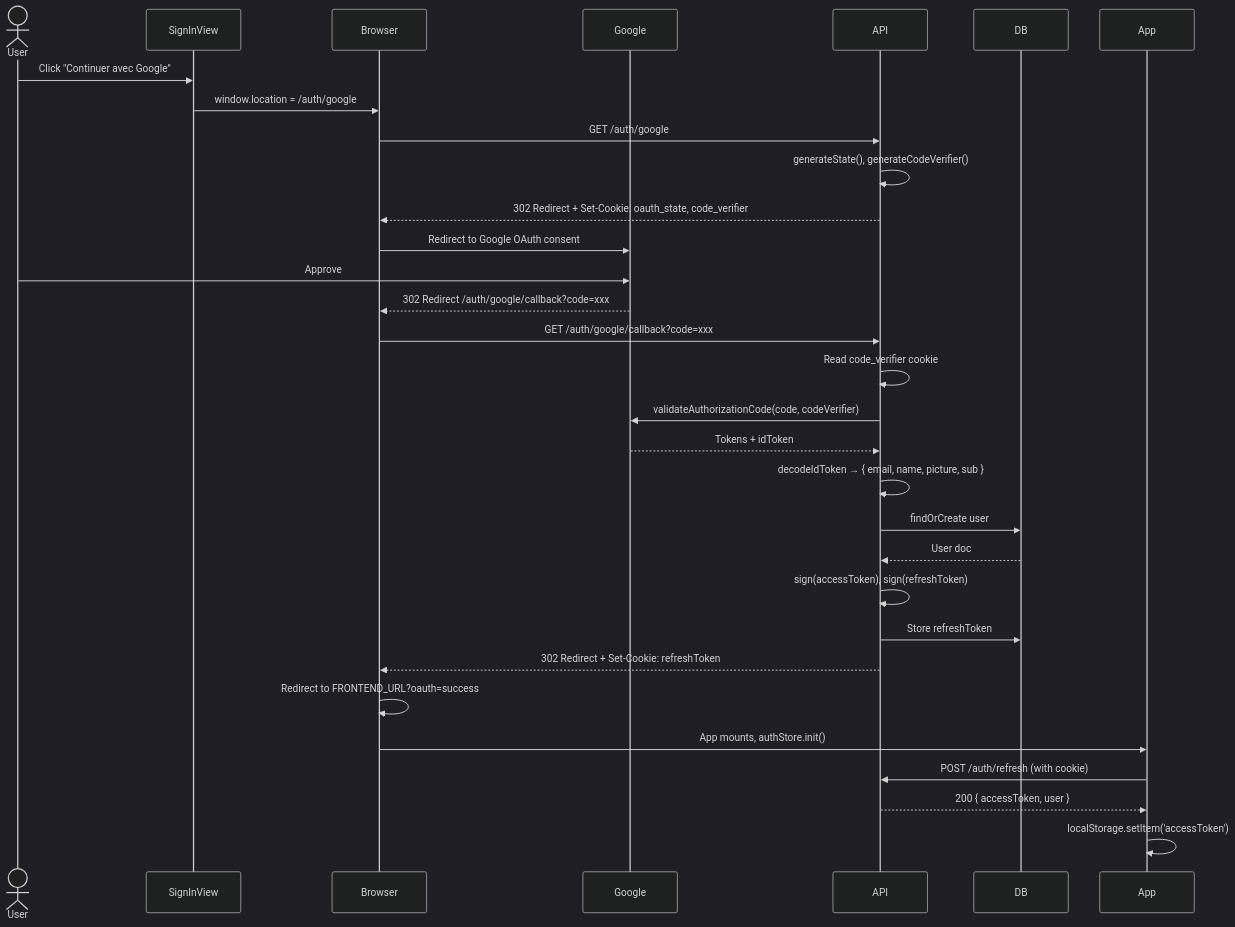
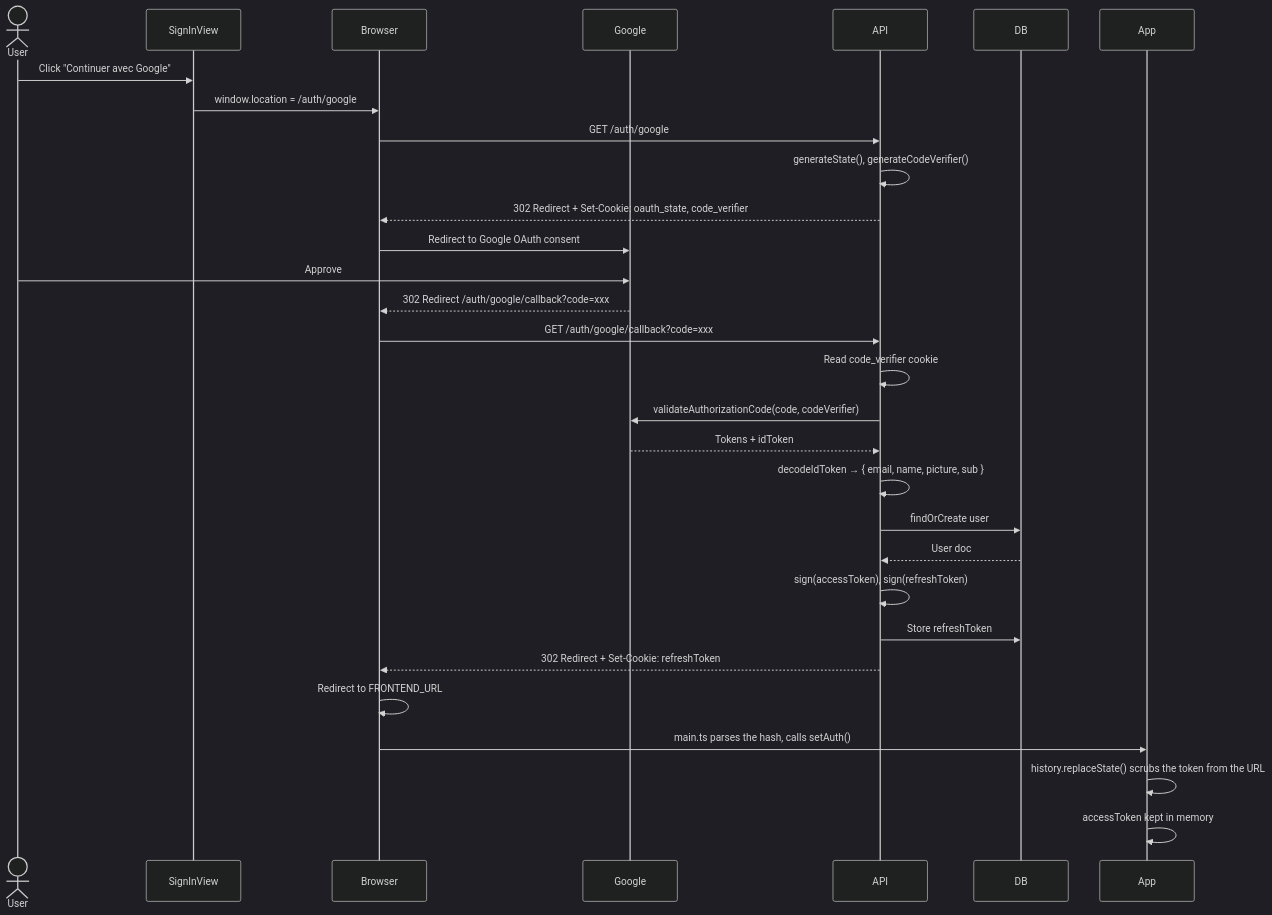
The seventh of 7 diagrams in docs/05_modeling.md (YaogoGerard/Todogy), drawn with Mermaid (dark theme) before and after one commit. The commit also changed other lines of this file and 61 other files, not shown here.

````diff
--- a/docs/05_modeling.md
+++ b/docs/05_modeling.md
@@ -180,33 +183,32 @@
 ```mermaid
 sequenceDiagram
     actor User
     participant SignInView
     participant Browser
     participant Google
     participant API
     participant DB
 
     User->>SignInView: Click "Continuer avec Google"
     SignInView->>Browser: window.location = /auth/google
     Browser->>API: GET /auth/google
     API->>API: generateState(), generateCodeVerifier()
     API-->>Browser: 302 Redirect + Set-Cookie: oauth_state, code_verifier
     Browser->>Google: Redirect to Google OAuth consent
     User->>Google: Approve
     Google-->>Browser: 302 Redirect /auth/google/callback?code=xxx
     Browser->>API: GET /auth/google/callback?code=xxx
     API->>API: Read code_verifier cookie
     API->>Google: validateAuthorizationCode(code, codeVerifier)
     Google-->>API: Tokens + idToken
     API->>API: decodeIdToken → { email, name, picture, sub }
     API->>DB: findOrCreate user
     DB-->>API: User doc
     API->>API: sign(accessToken), sign(refreshToken)
     API->>DB: Store refreshToken
     API-->>Browser: 302 Redirect + Set-Cookie: refreshToken
-    Browser->>Browser: Redirect to FRONTEND_URL?oauth=success
-    Browser->>App: App mounts, authStore.init()
-    App->>API: POST /auth/refresh (with cookie)
-    API-->>App: 200 { accessToken, user }
-    App->>App: localStorage.setItem('accessToken')
+    Browser->>Browser: Redirect to FRONTEND_URL#oauth=success&access_token=...&user=...
+    Browser->>App: main.ts parses the hash, calls setAuth()
+    App->>App: history.replaceState() scrubs the token from the URL
+    App->>App: accessToken kept in memory
 ```
````
